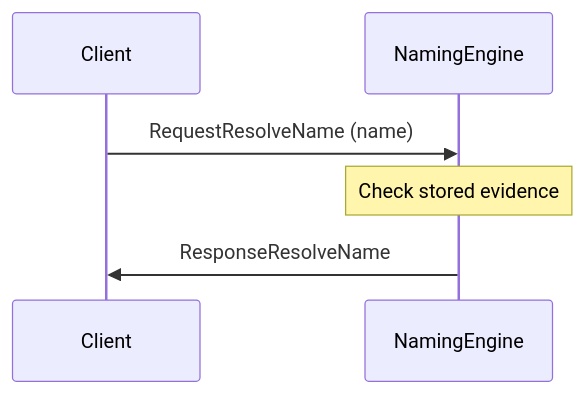
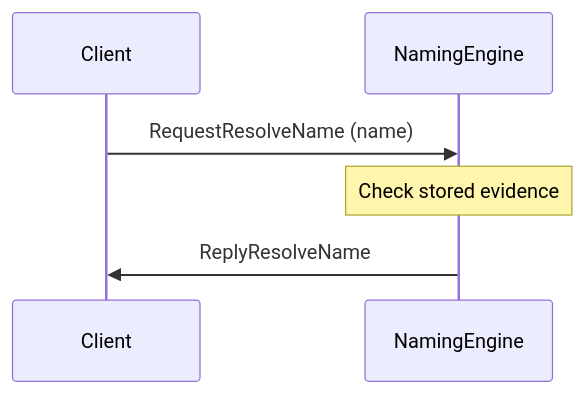
Before and after one commit to anoma/nspec: the first of 3 diagrams in docs/arch/node/engines/naming_messages.juvix.md, drawn with Mermaid. The commit also changed other lines of this file and 37 other files, not shown here.

Commit message:
Renamed all instances of "Response" to "Reply" in message interfaces for consistency across commitment, decryption, identity management, and other engines.

````diff
--- a/docs/arch/node/engines/naming_messages.juvix.md
+++ b/docs/arch/node/engines/naming_messages.juvix.md
@@ -35,9 +35,9 @@
 ```mermaid
 sequenceDiagram
     participant Client
     participant NamingEngine
 
     Client->>NamingEngine: RequestResolveName (name)
     Note over NamingEngine: Check stored evidence
-    NamingEngine->>Client: ResponseResolveName
+    NamingEngine->>Client: ReplyResolveName
 ```
````
